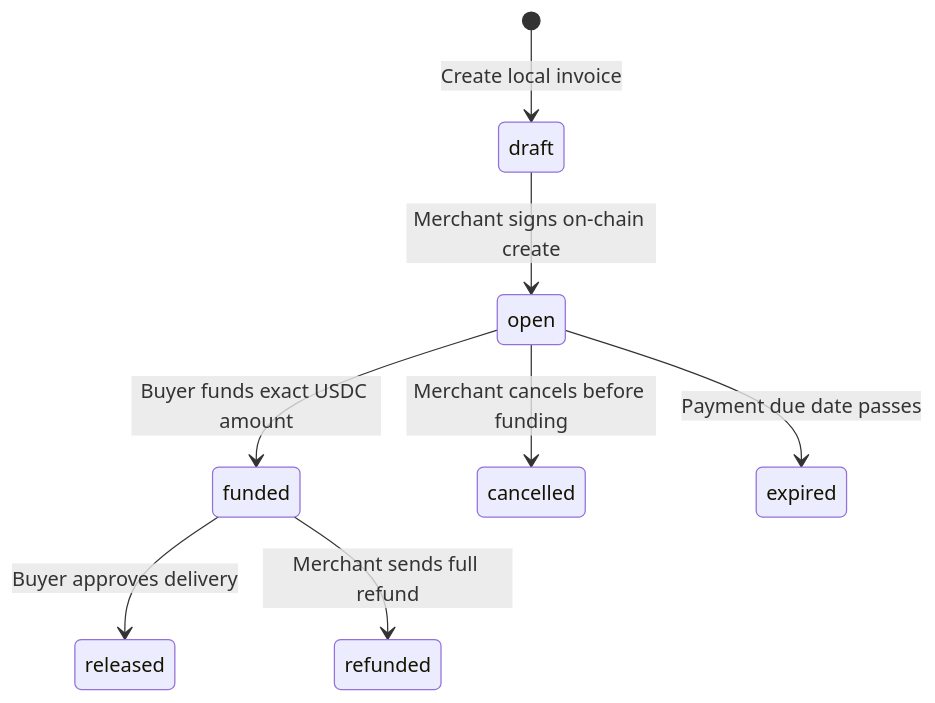
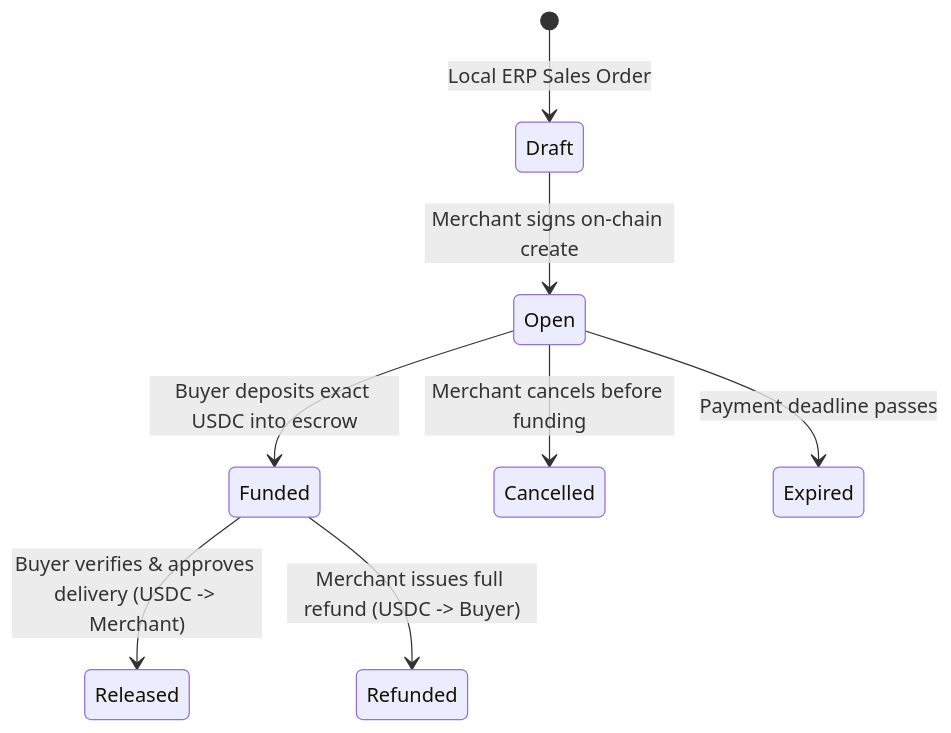
Before and after one commit to ugurrcoskun/Centerp: the fourth of 4 diagrams in README.md, drawn with Mermaid. The commit also changed other lines of this file and 1 other file, not shown here.

````diff
--- a/README.md
+++ b/README.md
@@ -91,10 +168,10 @@
 ```mermaid
 stateDiagram-v2
-  [*] --> draft: Create local invoice
-  draft --> open: Merchant signs on-chain create
-  open --> funded: Buyer funds exact USDC amount
-  open --> cancelled: Merchant cancels before funding
-  open --> expired: Payment due date passes
-  funded --> released: Buyer approves delivery
-  funded --> refunded: Merchant sends full refund
+    [*] --> Draft: Local ERP Sales Order
+    Draft --> Open: Merchant signs on-chain create
+    Open --> Funded: Buyer deposits exact USDC into escrow
+    Open --> Cancelled: Merchant cancels before funding
+    Open --> Expired: Payment deadline passes
+    Funded --> Released: Buyer verifies & approves delivery (USDC -> Merchant)
+    Funded --> Refunded: Merchant issues full refund (USDC -> Buyer)
 ```
````
